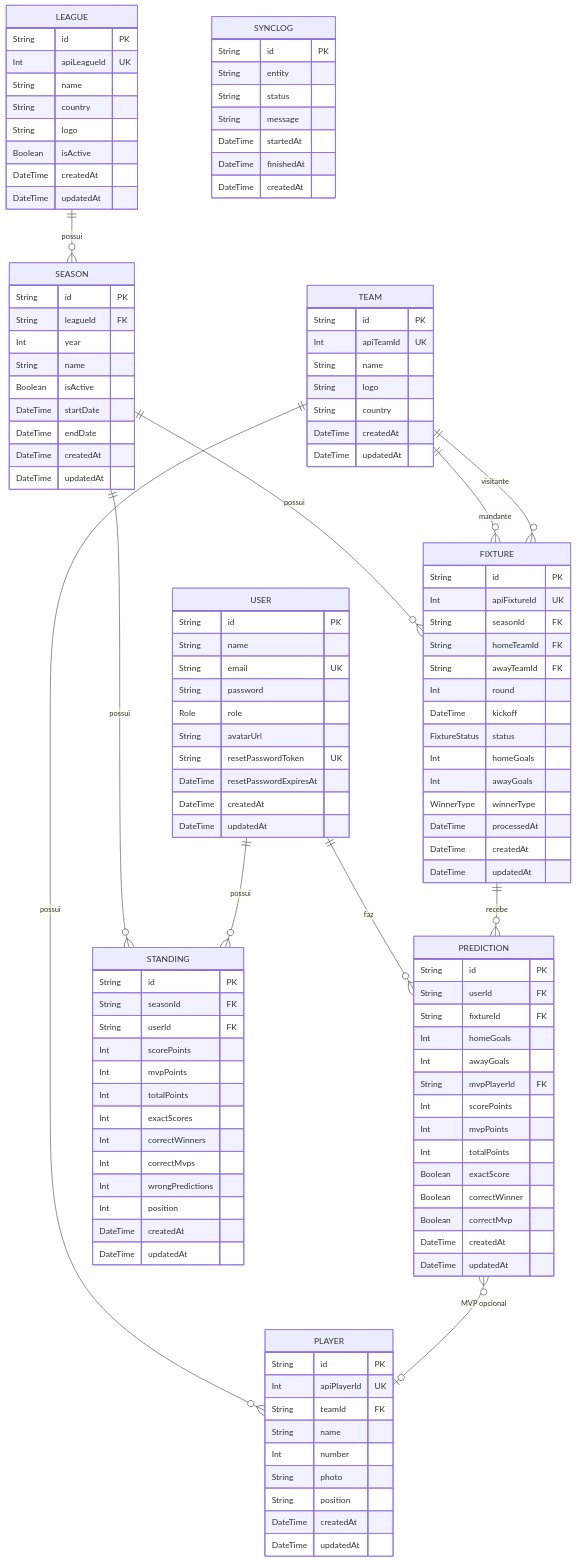
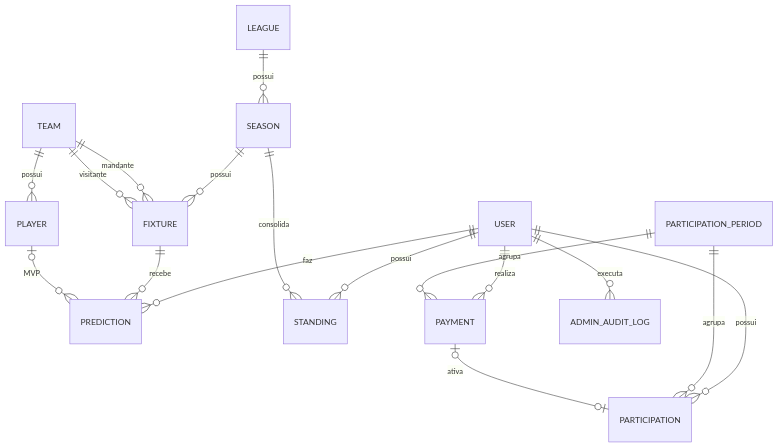
One commit to WashingtonJLP/MatchPredict changed the diagram in docs/04-modelagem-do-banco.md. Above: the diagram before and after it, drawn with Mermaid. The commit also changed other lines of this file, not shown here.

````diff
--- a/docs/04-modelagem-do-banco.md
+++ b/docs/04-modelagem-do-banco.md
@@ -80,134 +24,23 @@
 ```mermaid
 erDiagram
-    USER {
-        String id PK
-        String name
-        String email UK
-        String password
-        Role role
-        String avatarUrl
-        String resetPasswordToken UK
-        DateTime resetPasswordExpiresAt
-        DateTime createdAt
-        DateTime updatedAt
-    }
-
-    LEAGUE {
-        String id PK
-        Int apiLeagueId UK
-        String name
-        String country
-        String logo
-        Boolean isActive
-        DateTime createdAt
-        DateTime updatedAt
-    }
-
-    SEASON {
-        String id PK
-        String leagueId FK
-        Int year
-        String name
-        Boolean isActive
-        DateTime startDate
-        DateTime endDate
-        DateTime createdAt
-        DateTime updatedAt
-    }
-
-    TEAM {
-        String id PK
-        Int apiTeamId UK
-        String name
-        String logo
-        String country
-        DateTime createdAt
-        DateTime updatedAt
-    }
-
-    PLAYER {
-        String id PK
-        Int apiPlayerId UK
-        String teamId FK
-        String name
-        Int number
-        String photo
-        String position
-        DateTime createdAt
-        DateTime updatedAt
-    }
-
-    FIXTURE {
-        String id PK
-        Int apiFixtureId UK
-        String seasonId FK
-        String homeTeamId FK
-        String awayTeamId FK
-        Int round
-        DateTime kickoff
-        FixtureStatus status
-        Int homeGoals
-        Int awayGoals
-        WinnerType winnerType
-        DateTime processedAt
-        DateTime createdAt
-        DateTime updatedAt
-    }
-
-    PREDICTION {
-        String id PK
-        String userId FK
-        String fixtureId FK
-        Int homeGoals
-        Int awayGoals
-        String mvpPlayerId FK
-        Int scorePoints
-        Int mvpPoints
-        Int totalPoints
-        Boolean exactScore
-        Boolean correctWinner
-        Boolean correctMvp
-        DateTime createdAt
-        DateTime updatedAt
-    }
-
-    STANDING {
-        String id PK
-        String seasonId FK
-        String userId FK
-        Int scorePoints
-        Int mvpPoints
-        Int totalPoints
-        Int exactScores
-        Int correctWinners
-        Int correctMvps
-        Int wrongPredictions
-        Int position
-        DateTime createdAt
-        DateTime updatedAt
-    }
-
-    SYNCLOG {
-        String id PK
-        String entity
-        String status
-        String message
-        DateTime startedAt
-        DateTime finishedAt
-        DateTime createdAt
-    }
+    USER ||--o{ PREDICTION : faz
+    USER ||--o{ STANDING : possui
+    USER ||--o{ PARTICIPATION : possui
+    USER ||--o{ PAYMENT : realiza
+    USER ||--o{ ADMIN_AUDIT_LOG : executa
 
     LEAGUE ||--o{ SEASON : possui
     SEASON ||--o{ FIXTURE : possui
-    SEASON ||--o{ STANDING : possui
+    SEASON ||--o{ STANDING : consolida
 
-    TEAM ||--o{ FIXTURE : "mandante"
-    TEAM ||--o{ FIXTURE : "visitante"
+    TEAM ||--o{ FIXTURE : mandante
+    TEAM ||--o{ FIXTURE : visitante
     TEAM ||--o{ PLAYER : possui
 
-    USER ||--o{ PREDICTION : faz
-    USER ||--o{ STANDING : possui
+    FIXTURE ||--o{ PREDICTION : recebe
+    PLAYER o|--o{ PREDICTION : MVP
 
-    FIXTURE ||--o{ PREDICTION : recebe
-    PREDICTION }o--o| PLAYER : "MVP opcional"
+    PARTICIPATION_PERIOD ||--o{ PARTICIPATION : agrupa
+    PARTICIPATION_PERIOD ||--o{ PAYMENT : agrupa
+    PAYMENT o|--o| PARTICIPATION : ativa
 ```
````
